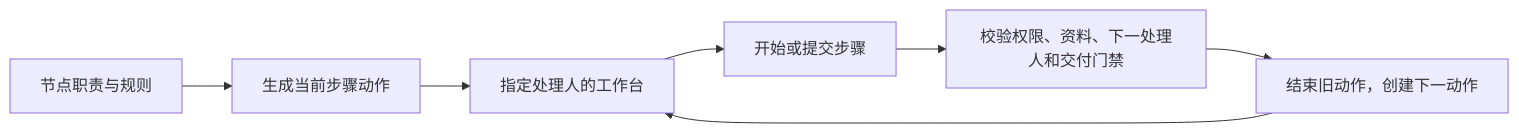
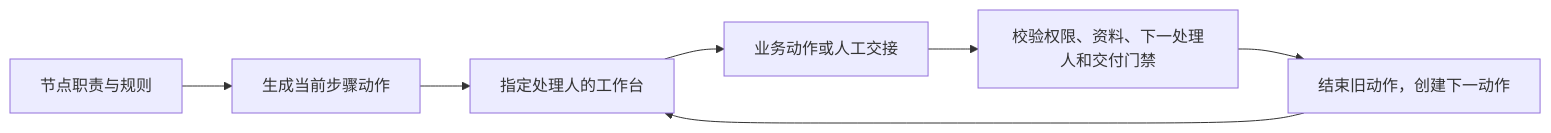
The diagram in docs/engineering/workflow-actions.md (gezipppp-ux/devloom), drawn with Mermaid before and after one commit. The commit also changed other lines of this file and 160 other files, not shown here.

````diff
--- a/docs/engineering/workflow-actions.md
+++ b/docs/engineering/workflow-actions.md
@@ -23,9 +25,9 @@
 ```mermaid
 flowchart LR
   A[节点职责与规则] --> B[生成当前步骤动作]
   B --> C[指定处理人的工作台]
-  C --> D[开始或提交步骤]
+  C --> D[业务动作或人工交接]
   D --> E[校验权限、资料、下一处理人和交付门禁]
   E --> F[结束旧动作，创建下一动作]
   F --> C
 ```
````
